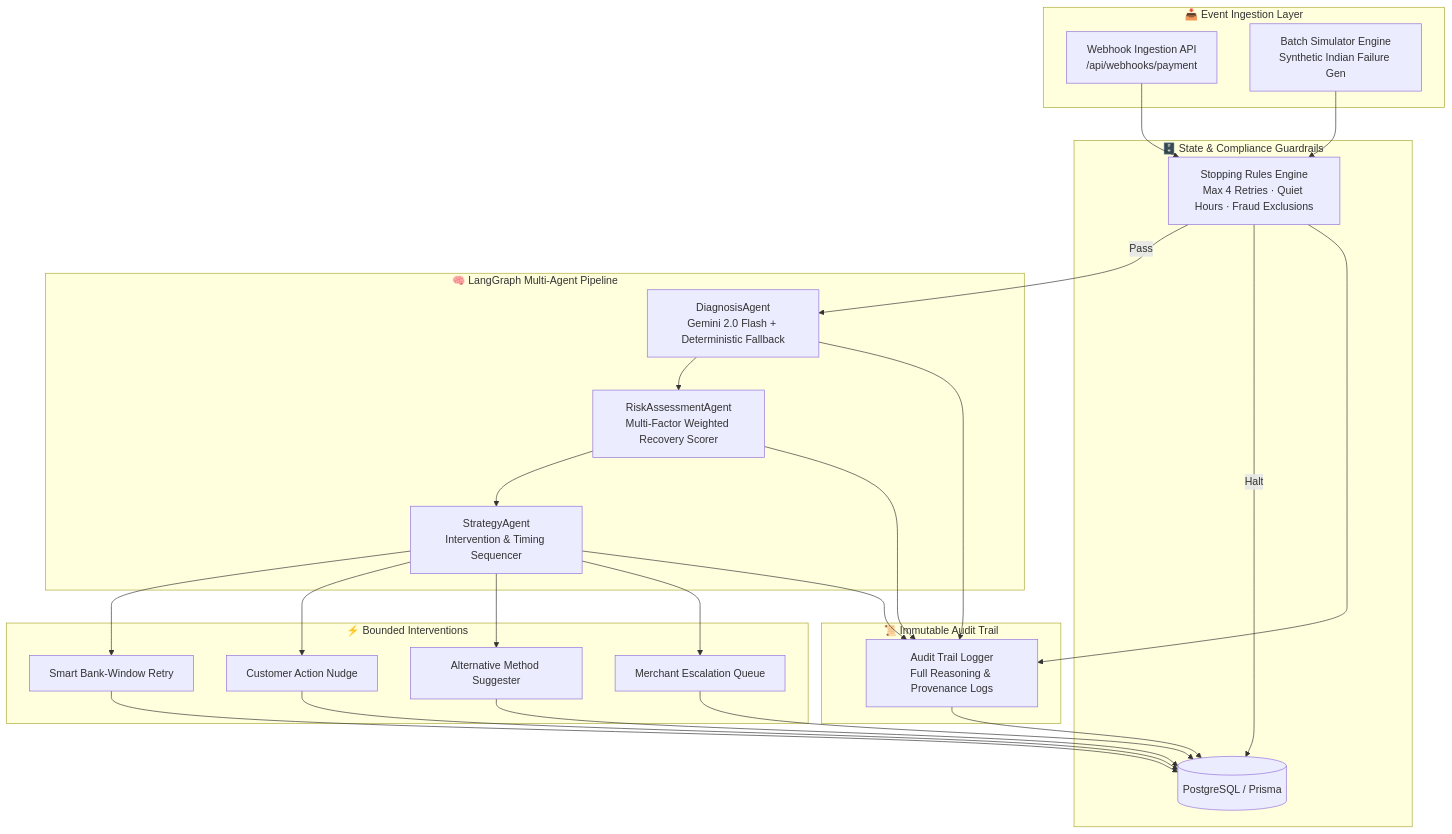
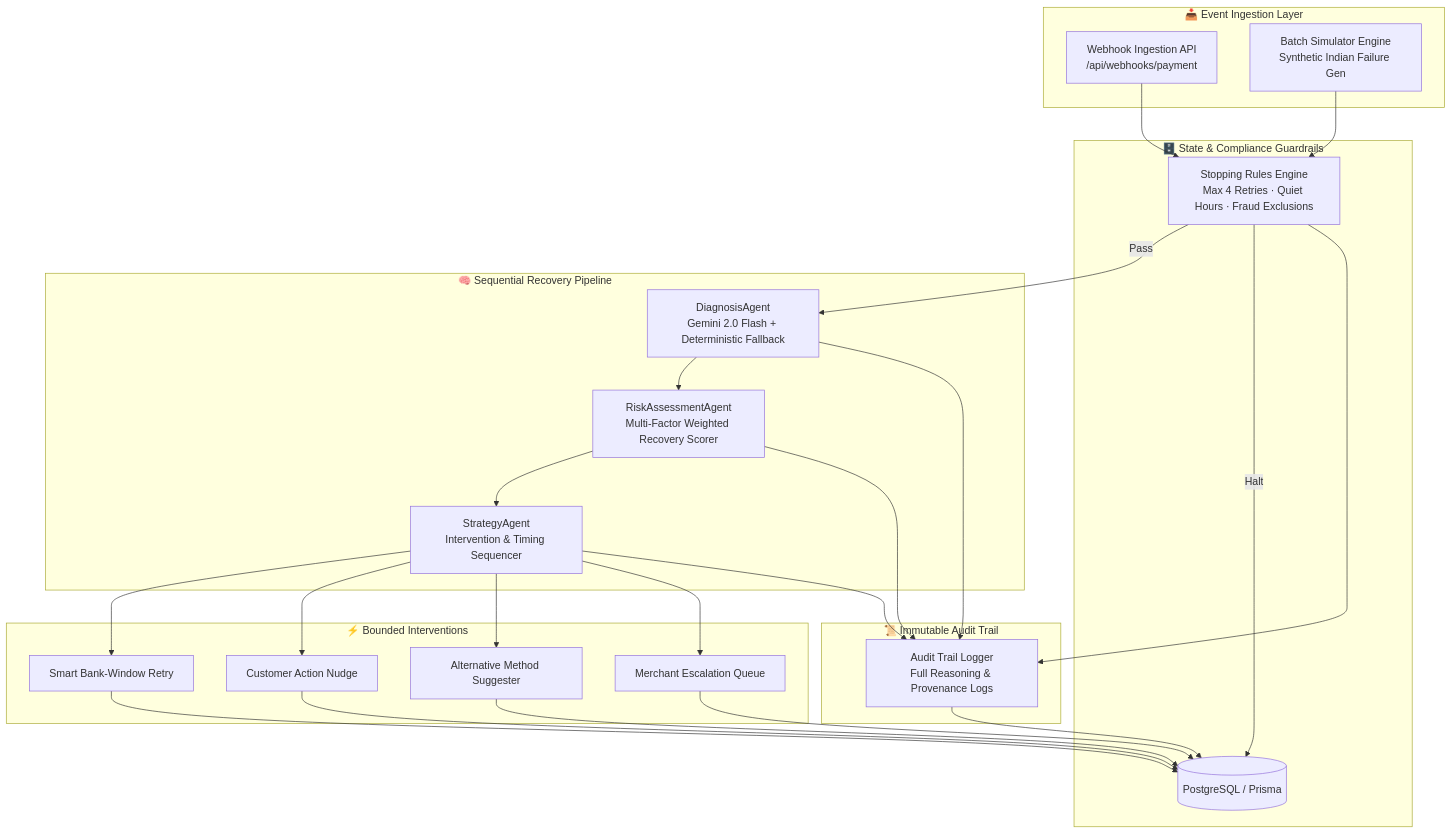
The diagram in README.md (vishalkumar-ai25/revive-ai), drawn with Mermaid before and after one commit. The commit also changed other lines of this file, not shown here.

Commit message:
docs(readme): remove false LangGraph claim — pipeline is plain sequential RecoveryPipeline class
README.md Mermaid diagram label and section header claimed 'LangGraph
Multi-Agent Pipeline'. The actual code (src/lib/agents/index.ts) is a
class RecoveryPipeline with sequential method calls: diagnose → assess →
select. No LangGraph dependency exists in package.json or anywhere in
the codebase. This violates AGENTS.md anti-rationalization rule.

Corrected to 'Sequential Recovery Pipeline' to match reality.
docs/spec.md already has the correct disclaimer at §4.

````diff
--- a/README.md
+++ b/README.md
@@ -18,38 +18,38 @@
 ```mermaid
 flowchart TB
     subgraph Ingestion["📥 Event Ingestion Layer"]
         WH[Webhook Ingestion API<br/>/api/webhooks/payment]
         SIM[Batch Simulator Engine<br/>Synthetic Indian Failure Gen]
     end
 
     subgraph Memory["🗄️ State & Compliance Guardrails"]
         DB[(PostgreSQL / Prisma)]
         STOP[Stopping Rules Engine<br/>Max 4 Retries · Quiet Hours · Fraud Exclusions]
     end
 
-    subgraph Agents["🧠 LangGraph Multi-Agent Pipeline"]
+    subgraph Agents["🧠 Sequential Recovery Pipeline"]
         DA[DiagnosisAgent<br/>Gemini 2.0 Flash + Deterministic Fallback]
         RA[RiskAssessmentAgent<br/>Multi-Factor Weighted Recovery Scorer]
         SA[StrategyAgent<br/>Intervention & Timing Sequencer]
     end
 
     subgraph Execution["⚡ Bounded Interventions"]
         R1[Smart Bank-Window Retry]
         R2[Customer Action Nudge]
         R3[Alternative Method Suggester]
         R4[Merchant Escalation Queue]
     end
 
     subgraph Audit["📜 Immutable Audit Trail"]
         LOG[Audit Trail Logger<br/>Full Reasoning & Provenance Logs]
     end
 
     WH --> STOP
     SIM --> STOP
     STOP -->|Pass| DA
     STOP -->|Halt| DB
     DA --> RA --> SA
     SA --> R1 & R2 & R3 & R4
     R1 & R2 & R3 & R4 --> DB
     DA & RA & SA & STOP --> LOG --> DB
 ```
````
